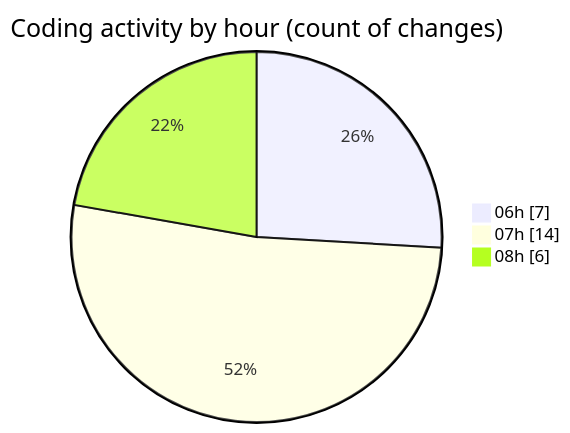
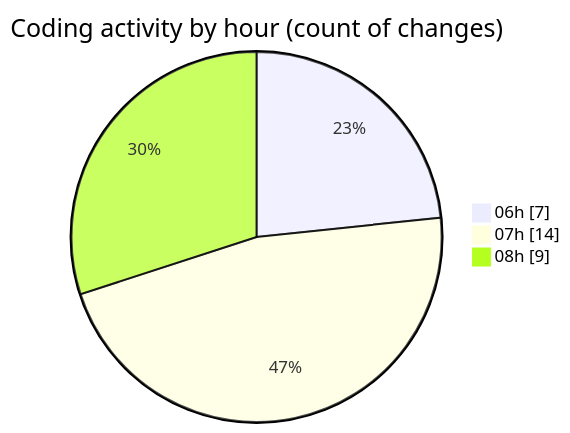
Before and after one commit to vahidmafi/code-tracking: the second of 2 diagrams in 2025-04-18/zeytoon/README.md, drawn with Mermaid. The commit also changed other lines of this file and 1 other file, not shown here.

````diff
--- a/2025-04-18/zeytoon/README.md
+++ b/2025-04-18/zeytoon/README.md
@@ -35,7 +35,7 @@
 ```mermaid
 pie showData
 title Coding activity by hour (count of changes)
 "06h" : 7
 "07h" : 14
-"08h" : 6
+"08h" : 9
 ```
````
